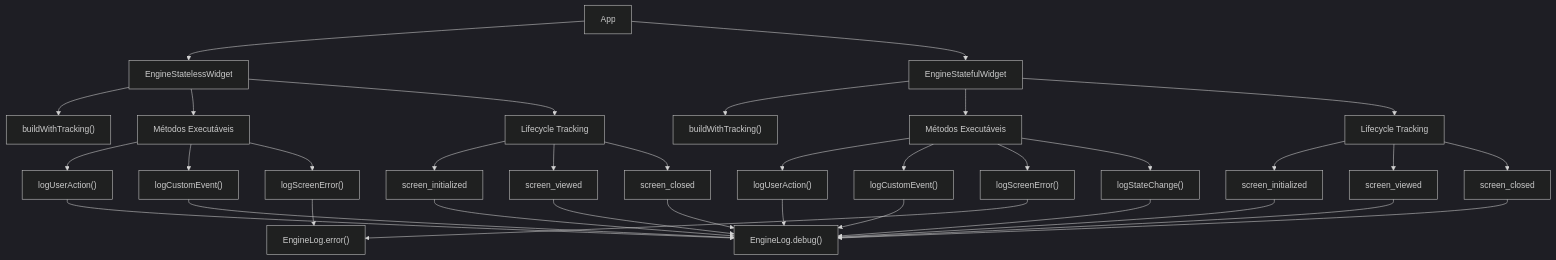
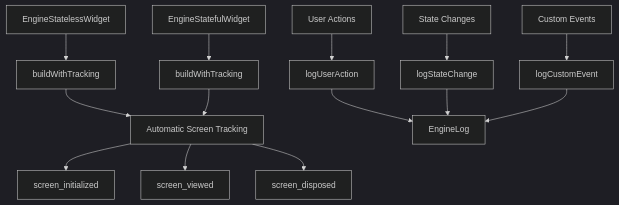
Before and after one commit to moreirawebmaster/engine-tracking: the fifth of 7 diagrams in README.md, drawn with Mermaid (dark theme). The commit also changed other lines of this file and 57 other files, not shown here.

````diff
--- a/README.md
+++ b/README.md
@@ -75,46 +138,18 @@
 ```mermaid
 graph TD
-    A["App"] --> B["EngineStatelessWidget"]
-    A --> C["EngineStatefulWidget"]
+    A[EngineStatelessWidget] --> B[buildWithTracking]
+    C[EngineStatefulWidget] --> D[buildWithTracking]
+    B --> E[Automatic Screen Tracking]
+    D --> E
+    E --> F[screen_initialized]
+    E --> G[screen_viewed]
+    E --> H[screen_disposed]
     
-    B --> D["buildWithTracking()"]
-    C --> E["buildWithTracking()"]
+    I[User Actions] --> J[logUserAction]
+    K[State Changes] --> L[logStateChange]
+    M[Custom Events] --> N[logCustomEvent]
     
-    B --> F["Métodos Executáveis"]
-    C --> G["Métodos Executáveis"]
-    
-    F --> H["logUserAction()"]
-    F --> I["logCustomEvent()"]
-    F --> J["logScreenError()"]
-    
-    G --> K["logUserAction()"]
-    G --> L["logCustomEvent()"]
-    G --> M["logScreenError()"]
-    G --> N["logStateChange()"]
-    
-    H --> O["EngineLog.debug()"]
-    I --> O
-    J --> P["EngineLog.error()"]
-    K --> O
+    J --> O[EngineLog]
     L --> O
-    M --> P
     N --> O
-    
-    B --> Q["Lifecycle Tracking"]
-    C --> R["Lifecycle Tracking"]
-    
-    Q --> S["screen_initialized"]
-    Q --> T["screen_viewed"]
-    Q --> U["screen_closed"]
-    
-    R --> V["screen_initialized"]
-    R --> W["screen_viewed"]
-    R --> X["screen_closed"]
-    
-    S --> O
-    T --> O
-    U --> O
-    V --> O
-    W --> O
-    X --> O
 ```
````
